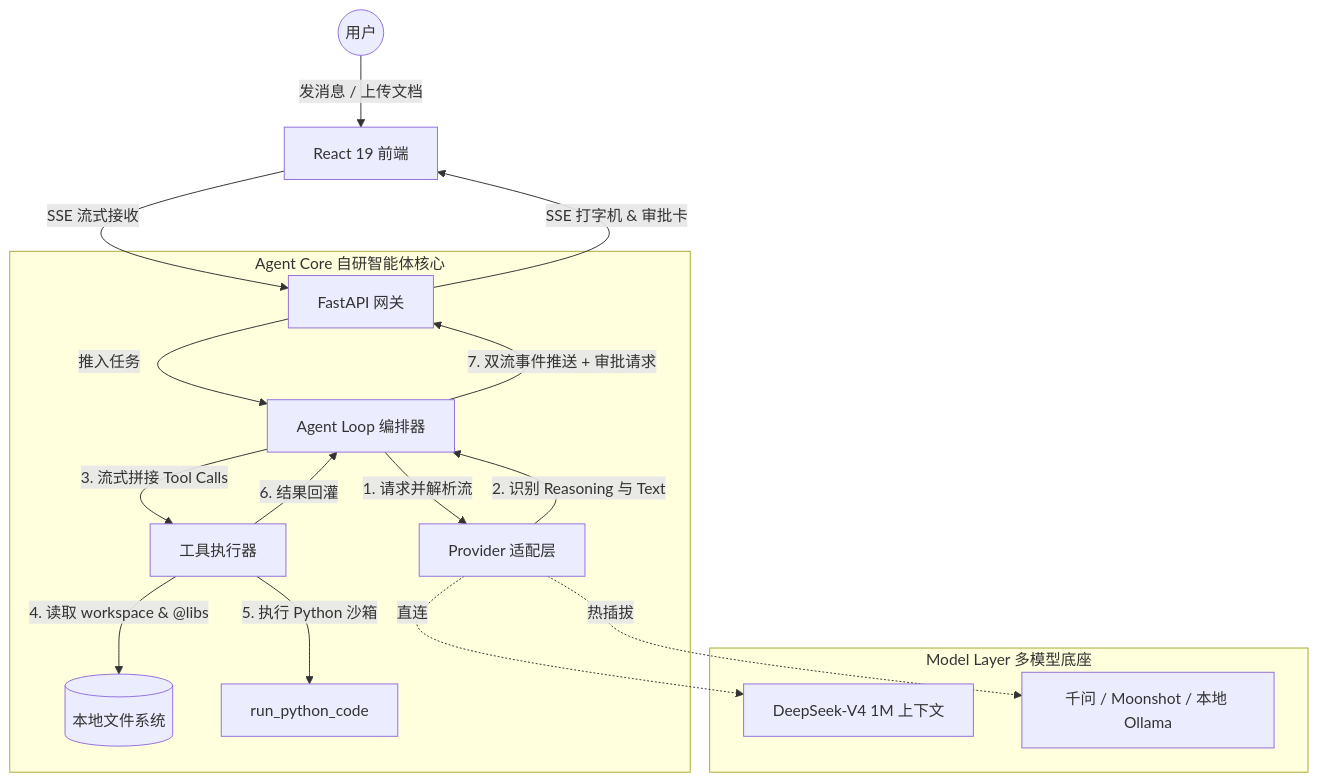
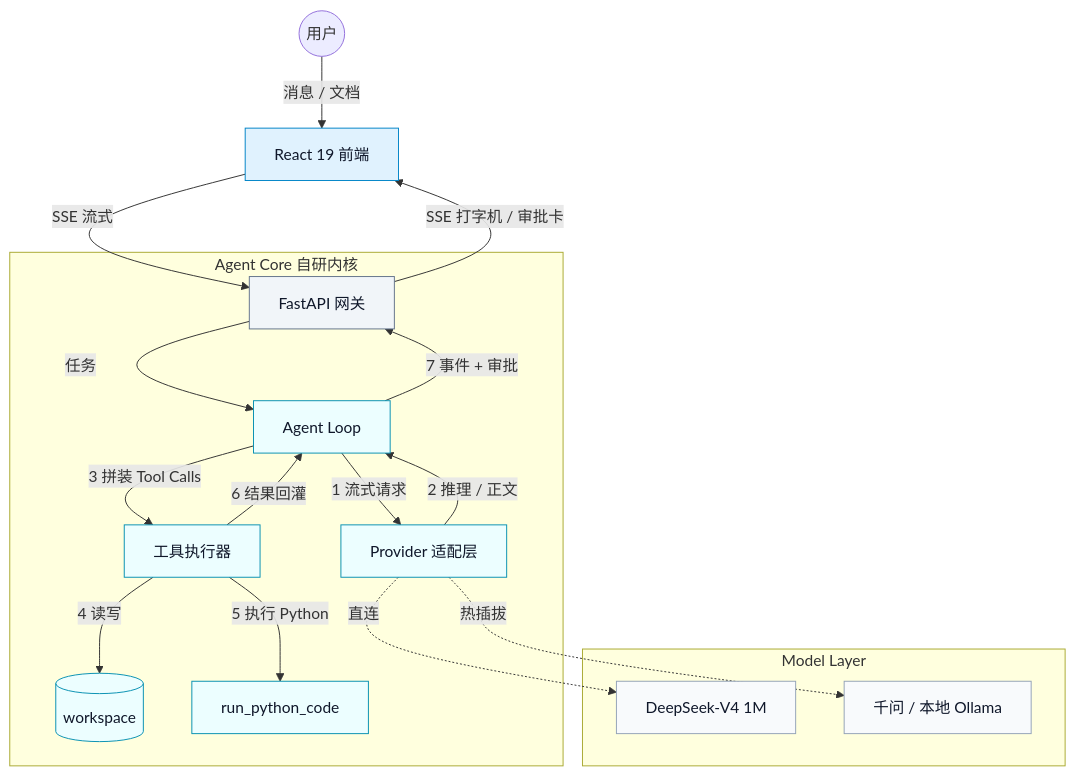
Before and after one commit to staller12311/Nexus: the first of 3 diagrams in README.md, drawn with Mermaid. The commit also changed other lines of this file and 4 other files, not shown here.

````diff
--- a/README.md
+++ b/README.md
@@ -41,23 +43,32 @@
 ```mermaid
 graph TD
-    User((用户)) -->|发消息 / 上传文档| FE[React 19 前端]
-    FE -->|SSE 流式接收| API[FastAPI 网关]
-    
-    subgraph AgentCore [Agent Core 自研智能体核心]
-        API -->|推入任务| Loop[Agent Loop 编排器]
-        Loop -->|1. 请求并解析流| Provider[Provider 适配层]
-        Provider -->|2. 识别 Reasoning 与 Text| Loop
-        Loop -->|3. 流式拼接 Tool Calls| Tools[工具执行器]
-        Tools -->|4. 读取 workspace & @libs| FS[(本地文件系统)]
-        Tools -->|5. 执行 Python 沙箱| Code[run_python_code]
-        Tools -->|6. 结果回灌| Loop
+    User((用户)) -->|消息 / 文档| FE[React 19 前端]
+    FE -->|SSE 流式| API[FastAPI 网关]
+
+    subgraph AgentCore [Agent Core 自研内核]
+        API -->|任务| Loop[Agent Loop]
+        Loop -->|1 流式请求| Provider[Provider 适配层]
+        Provider -->|2 推理 / 正文| Loop
+        Loop -->|3 拼装 Tool Calls| Tools[工具执行器]
+        Tools -->|4 读写| FS[(workspace)]
+        Tools -->|5 执行 Python| Code[run_python_code]
+        Tools -->|6 结果回灌| Loop
     end
-    
-    subgraph ModelLayer [Model Layer 多模型底座]
-        Provider -.->|直连| DS[DeepSeek-V4 1M 上下文]
-        Provider -.->|热插拔| ThirdParty[千问 / Moonshot / 本地 Ollama]
+
+    subgraph ModelLayer [Model Layer]
+        Provider -.->|直连| DS[DeepSeek-V4 1M]
+        Provider -.->|热插拔| Other[千问 / 本地 Ollama]
     end
-    
-    Loop -->|7. 双流事件推送 + 审批请求| API
-    API -->|SSE 打字机 & 审批卡| FE
+
+    Loop -->|7 事件 + 审批| API
+    API -->|SSE 打字机 / 审批卡| FE
+
+    classDef fe fill:#e0f2fe,stroke:#0284c7,stroke-width:1px,color:#0f172a;
+    classDef gw fill:#f1f5f9,stroke:#64748b,stroke-width:1px,color:#0f172a;
+    classDef core fill:#ecfeff,stroke:#0891b2,stroke-width:1px,color:#0f172a;
+    classDef model fill:#f8fafc,stroke:#94a3b8,stroke-width:1px,color:#0f172a;
+    class FE fe;
+    class API gw;
+    class Loop,Provider,Tools,FS,Code core;
+    class DS,Other model;
 ```
````
